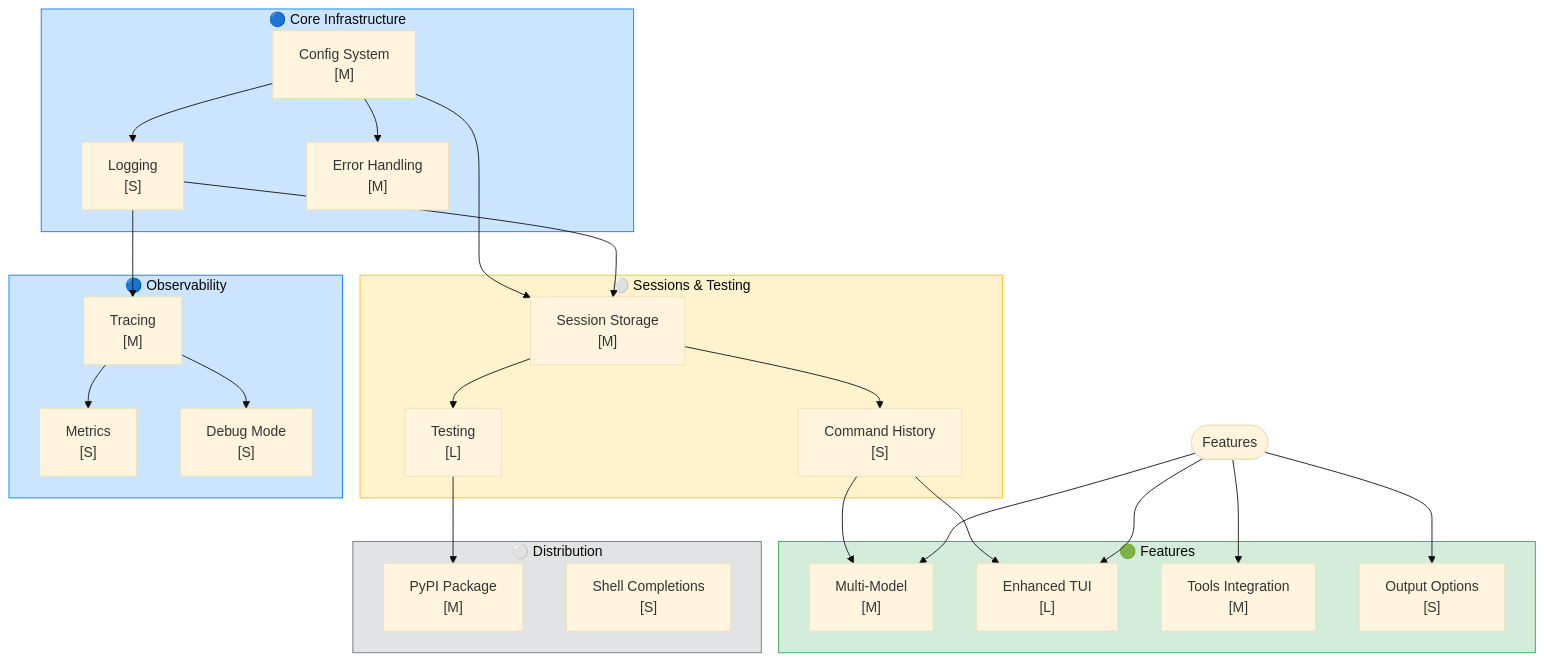
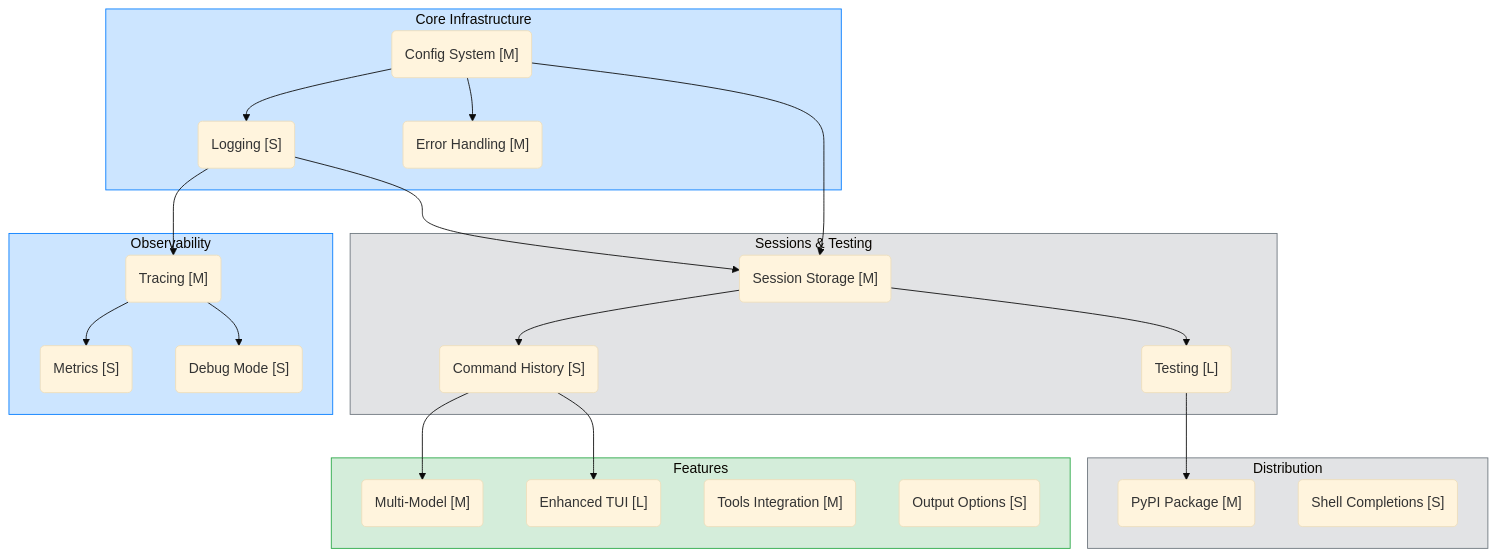
The first of 8 diagrams in ROADMAP.md (Miguel-EpicJS/ash-cli), drawn with Mermaid (base theme) before and after one commit. The commit also changed other lines of this file, not shown here.

Commit message:
Fix Mermaid syntax errors in roadmap diagrams

````diff
--- a/ROADMAP.md
+++ b/ROADMAP.md
@@ -27,55 +27,51 @@
 ```mermaid
 flowchart TD
-    subgraph Core["🔵 Core Infrastructure"]
-        config["Config System<br/>[M]"]
-        logging["Logging<br/>[S]"]
-        error["Error Handling<br/>[M]"]
+    subgraph Core["Core Infrastructure"]
+        config("Config System [M]")
+        logging("Logging [S]")
+        error("Error Handling [M]")
     end
 
-    subgraph Sessions["⚪ Sessions & Testing"]
-        sessions["Session Storage<br/>[M]"]
-        history["Command History<br/>[S]"]
-        testing["Testing<br/>[L]"]
+    subgraph Sessions["Sessions & Testing"]
+        sessions("Session Storage [M]")
+        history("Command History [S]")
+        testing("Testing [L]")
     end
 
-    subgraph Features["🟢 Features"]
-        multimodel["Multi-Model<br/>[M]"]
-        tui["Enhanced TUI<br/>[L]"]
-        tools["Tools Integration<br/>[M]"]
-        output["Output Options<br/>[S]"]
+    subgraph Features["Features"]
+        multimodel("Multi-Model [M]")
+        tui("Enhanced TUI [L]")
+        tools("Tools Integration [M]")
+        output("Output Options [S]")
     end
 
-    subgraph Observability["🔵 Observability"]
-        tracing["Tracing<br/>[M]"]
-        metrics["Metrics<br/>[S]"]
-        debug["Debug Mode<br/>[S]"]
+    subgraph Observability["Observability"]
+        tracing("Tracing [M]")
+        metrics("Metrics [S]")
+        debug("Debug Mode [S]")
     end
 
-    subgraph Distribution["⚪ Distribution"]
-        pypi["PyPI Package<br/>[M]"]
-        completions["Shell Completions<br/>[S]"]
+    subgraph Distribution["Distribution"]
+        pypi("PyPI Package [M]")
+        completions("Shell Completions [S]")
     end
 
     logging --> tracing
     config --> logging
     config --> error
     config --> sessions
     logging --> sessions
     sessions --> history
     sessions --> testing
     history --> multimodel
     history --> tui
     tracing --> metrics
     tracing --> debug
     testing --> pypi
-    features([Features]) --> multimodel
-    features --> tui
-    features --> tools
-    features --> output
 
     style Core fill:#cce5ff,stroke:#007bff
-    style Sessions fill:#fff3cd,stroke:#ffc107
+    style Sessions fill:#e2e3e5,stroke:#6c757d
     style Features fill:#d4edda,stroke:#28a745
     style Observability fill:#cce5ff,stroke:#007bff
     style Distribution fill:#e2e3e5,stroke:#6c757d
 ```
````
